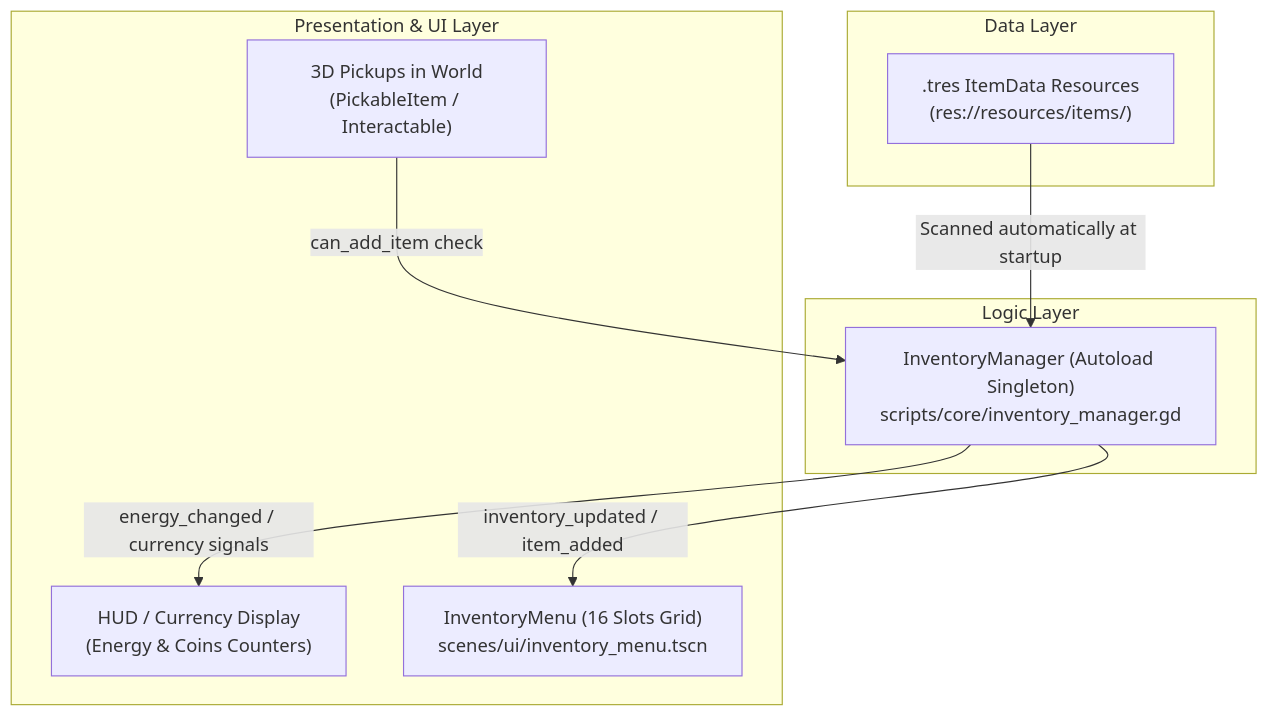
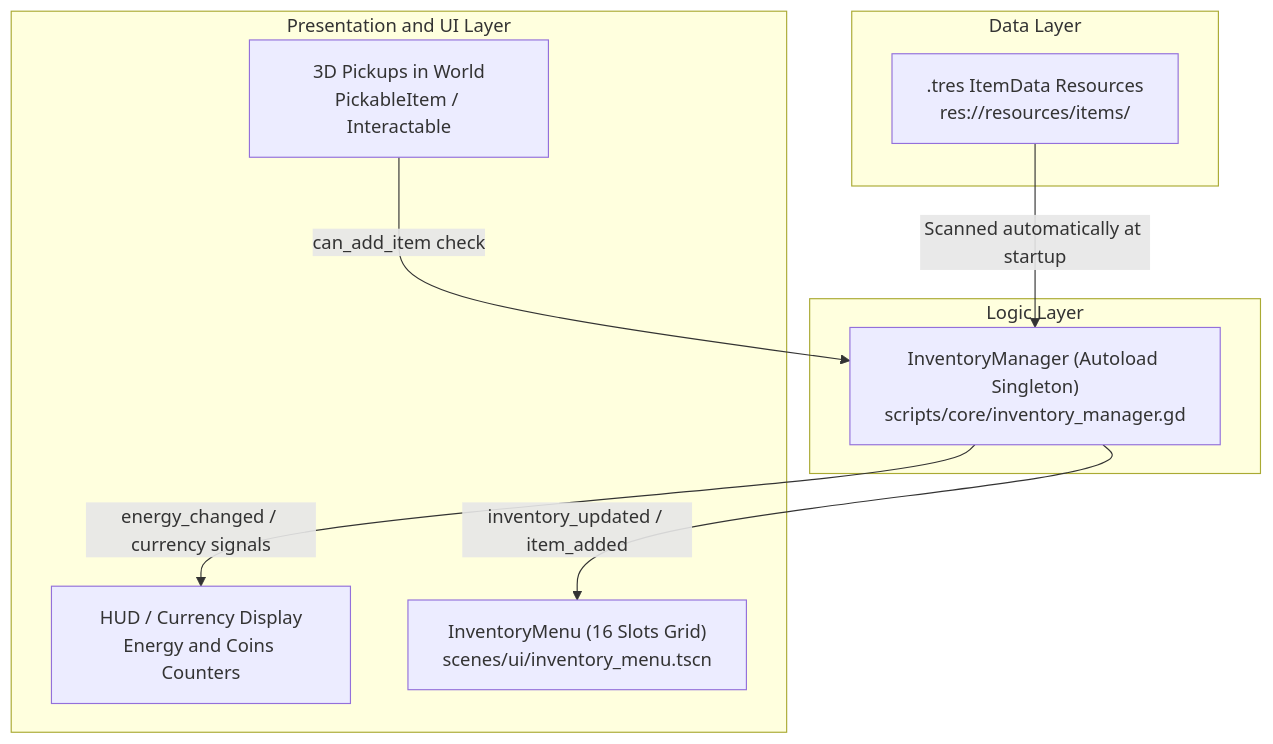
One commit to jaluraDEV/jalura-framework changed the first of 2 diagrams in docs/inventory_and_items.md. Above: the diagram before and after it, drawn with Mermaid. The commit also changed other lines of this file and 5 other files, not shown here.

Commit message:
fix(docs): resolve GitHub Mermaid diagram syntax errors and convert file links to relative paths

````diff
--- a/docs/inventory_and_items.md
+++ b/docs/inventory_and_items.md
@@ -9,21 +9,21 @@
 ```mermaid
-graph TD
-    subgraph Data Layer
-        tres[".tres ItemData Resources<br/>(res://resources/items/)"]
+flowchart TD
+    subgraph DataLayer["Data Layer"]
+        tres[".tres ItemData Resources<br/>res://resources/items/"]
     end
 
-    subgraph Logic Layer
+    subgraph LogicLayer["Logic Layer"]
         IM["InventoryManager (Autoload Singleton)<br/>scripts/core/inventory_manager.gd"]
     end
 
-    subgraph Presentation & UI Layer
-        HUD["HUD / Currency Display<br/>(Energy & Coins Counters)"]
+    subgraph UILayer["Presentation and UI Layer"]
+        HUD["HUD / Currency Display<br/>Energy and Coins Counters"]
         BagUI["InventoryMenu (16 Slots Grid)<br/>scenes/ui/inventory_menu.tscn"]
-        World["3D Pickups in World<br/>(PickableItem / Interactable)"]
+        World["3D Pickups in World<br/>PickableItem / Interactable"]
     end
 
     tres -->|Scanned automatically at startup| IM
     World -->|can_add_item check| IM
     IM -->|energy_changed / currency signals| HUD
     IM -->|inventory_updated / item_added| BagUI
 ```
````
